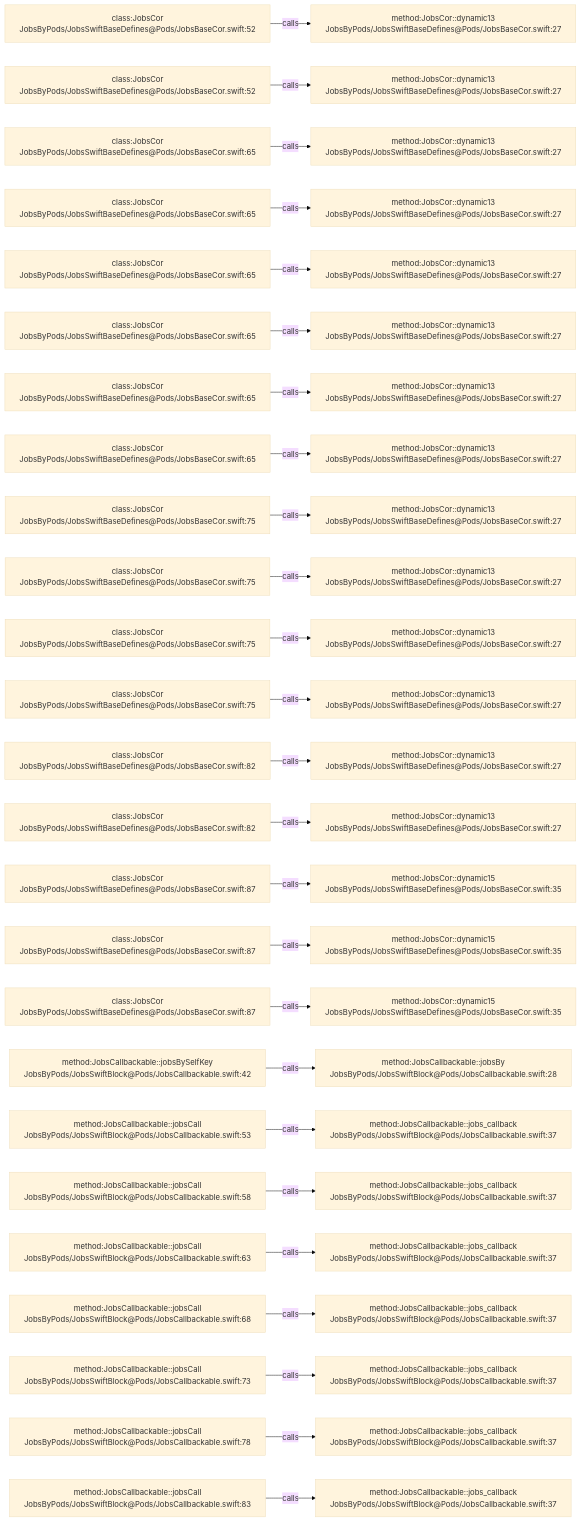
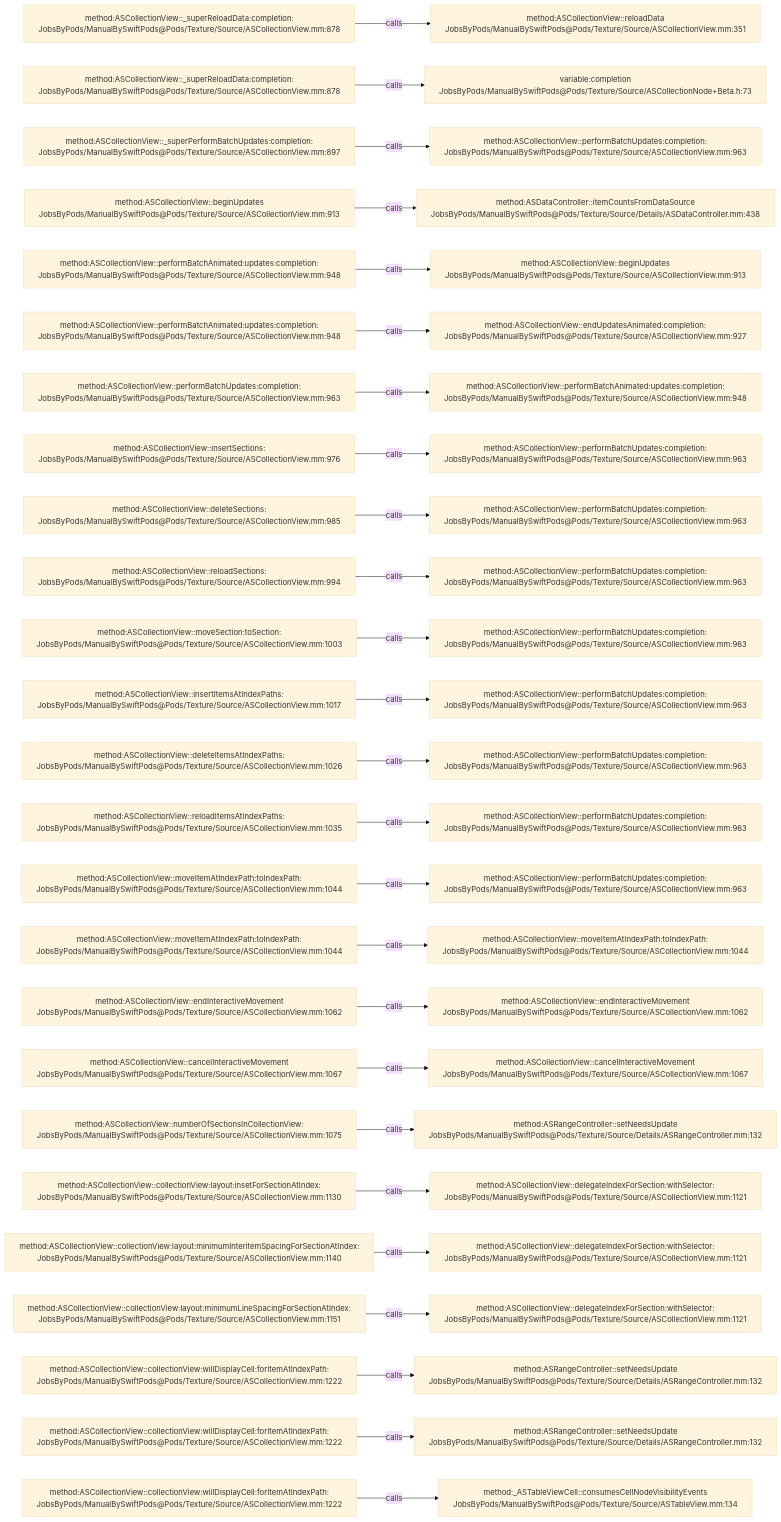
Before and after one commit to JobsKits/JobsSwiftBaseConfigDemo: the diagram in .codegraph/codegraph.md/graphs/calls-012.md, drawn with Mermaid (base theme). The commit also changed 832 other files, not shown here.

````diff
--- a/.codegraph/codegraph.md/graphs/calls-012.md
+++ b/.codegraph/codegraph.md/graphs/calls-012.md
@@ -13,78 +13,78 @@
 ```mermaid
 flowchart LR
-  S1["class:JobsCor<br/>JobsByPods/JobsSwiftBaseDefines@Pods/JobsBaseCor.swift:52"]
-  T1["method:JobsCor::dynamic13<br/>JobsByPods/JobsSwiftBaseDefines@Pods/JobsBaseCor.swift:27"]
+  S1["method:ASCollectionView::_superReloadData:completion:<br/>JobsByPods/ManualBySwiftPods@Pods/Texture/Source/ASCollectionView.mm:878"]
+  T1["method:ASCollectionView::reloadData<br/>JobsByPods/ManualBySwiftPods@Pods/Texture/Source/ASCollectionView.mm:351"]
   S1 -->|calls| T1
-  S2["class:JobsCor<br/>JobsByPods/JobsSwiftBaseDefines@Pods/JobsBaseCor.swift:52"]
-  T2["method:JobsCor::dynamic13<br/>JobsByPods/JobsSwiftBaseDefines@Pods/JobsBaseCor.swift:27"]
+  S2["method:ASCollectionView::_superReloadData:completion:<br/>JobsByPods/ManualBySwiftPods@Pods/Texture/Source/ASCollectionView.mm:878"]
+  T2["variable:completion<br/>JobsByPods/ManualBySwiftPods@Pods/Texture/Source/ASCollectionNode+Beta.h:73"]
   S2 -->|calls| T2
-  S3["class:JobsCor<br/>JobsByPods/JobsSwiftBaseDefines@Pods/JobsBaseCor.swift:65"]
-  T3["method:JobsCor::dynamic13<br/>JobsByPods/JobsSwiftBaseDefines@Pods/JobsBaseCor.swift:27"]
+  S3["method:ASCollectionView::_superPerformBatchUpdates:completion:<br/>JobsByPods/ManualBySwiftPods@Pods/Texture/Source/ASCollectionView.mm:897"]
+  T3["method:ASCollectionView::performBatchUpdates:completion:<br/>JobsByPods/ManualBySwiftPods@Pods/Texture/Source/ASCollectionView.mm:963"]
   S3 -->|calls| T3
-  S4["class:JobsCor<br/>JobsByPods/JobsSwiftBaseDefines@Pods/JobsBaseCor.swift:65"]
-  T4["method:JobsCor::dynamic13<br/>JobsByPods/JobsSwiftBaseDefines@Pods/JobsBaseCor.swift:27"]
+  S4["method:ASCollectionView::beginUpdates<br/>JobsByPods/ManualBySwiftPods@Pods/Texture/Source/ASCollectionView.mm:913"]
+  T4["method:ASDataController::itemCountsFromDataSource<br/>JobsByPods/ManualBySwiftPods@Pods/Texture/Source/Details/ASDataController.mm:438"]
   S4 -->|calls| T4
-  S5["class:JobsCor<br/>JobsByPods/JobsSwiftBaseDefines@Pods/JobsBaseCor.swift:65"]
-  T5["method:JobsCor::dynamic13<br/>JobsByPods/JobsSwiftBaseDefines@Pods/JobsBaseCor.swift:27"]
+  S5["method:ASCollectionView::performBatchAnimated:updates:completion:<br/>JobsByPods/ManualBySwiftPods@Pods/Texture/Source/ASCollectionView.mm:948"]
+  T5["method:ASCollectionView::beginUpdates<br/>JobsByPods/ManualBySwiftPods@Pods/Texture/Source/ASCollectionView.mm:913"]
   S5 -->|calls| T5
-  S6["class:JobsCor<br/>JobsByPods/JobsSwiftBaseDefines@Pods/JobsBaseCor.swift:65"]
-  T6["method:JobsCor::dynamic13<br/>JobsByPods/JobsSwiftBaseDefines@Pods/JobsBaseCor.swift:27"]
+  S6["method:ASCollectionView::performBatchAnimated:updates:completion:<br/>JobsByPods/ManualBySwiftPods@Pods/Texture/Source/ASCollectionView.mm:948"]
+  T6["method:ASCollectionView::endUpdatesAnimated:completion:<br/>JobsByPods/ManualBySwiftPods@Pods/Texture/Source/ASCollectionView.mm:927"]
   S6 -->|calls| T6
-  S7["class:JobsCor<br/>JobsByPods/JobsSwiftBaseDefines@Pods/JobsBaseCor.swift:65"]
-  T7["method:JobsCor::dynamic13<br/>JobsByPods/JobsSwiftBaseDefines@Pods/JobsBaseCor.swift:27"]
+  S7["method:ASCollectionView::performBatchUpdates:completion:<br/>JobsByPods/ManualBySwiftPods@Pods/Texture/Source/ASCollectionView.mm:963"]
+  T7["method:ASCollectionView::performBatchAnimated:updates:completion:<br/>JobsByPods/ManualBySwiftPods@Pods/Texture/Source/ASCollectionView.mm:948"]
   S7 -->|calls| T7
-  S8["class:JobsCor<br/>JobsByPods/JobsSwiftBaseDefines@Pods/JobsBaseCor.swift:65"]
-  T8["method:JobsCor::dynamic13<br/>JobsByPods/JobsSwiftBaseDefines@Pods/JobsBaseCor.swift:27"]
+  S8["method:ASCollectionView::insertSections:<br/>JobsByPods/ManualBySwiftPods@Pods/Texture/Source/ASCollectionView.mm:976"]
+  T8["method:ASCollectionView::performBatchUpdates:completion:<br/>JobsByPods/ManualBySwiftPods@Pods/Texture/Source/ASCollectionView.mm:963"]
   S8 -->|calls| T8
-  S9["class:JobsCor<br/>JobsByPods/JobsSwiftBaseDefines@Pods/JobsBaseCor.swift:75"]
-  T9["method:JobsCor::dynamic13<br/>JobsByPods/JobsSwiftBaseDefines@Pods/JobsBaseCor.swift:27"]
+  S9["method:ASCollectionView::deleteSections:<br/>JobsByPods/ManualBySwiftPods@Pods/Texture/Source/ASCollectionView.mm:985"]
+  T9["method:ASCollectionView::performBatchUpdates:completion:<br/>JobsByPods/ManualBySwiftPods@Pods/Texture/Source/ASCollectionView.mm:963"]
   S9 -->|calls| T9
-  S10["class:JobsCor<br/>JobsByPods/JobsSwiftBaseDefines@Pods/JobsBaseCor.swift:75"]
-  T10["method:JobsCor::dynamic13<br/>JobsByPods/JobsSwiftBaseDefines@Pods/JobsBaseCor.swift:27"]
+  S10["method:ASCollectionView::reloadSections:<br/>JobsByPods/ManualBySwiftPods@Pods/Texture/Source/ASCollectionView.mm:994"]
+  T10["method:ASCollectionView::performBatchUpdates:completion:<br/>JobsByPods/ManualBySwiftPods@Pods/Texture/Source/ASCollectionView.mm:963"]
   S10 -->|calls| T10
-  S11["class:JobsCor<br/>JobsByPods/JobsSwiftBaseDefines@Pods/JobsBaseCor.swift:75"]
-  T11["method:JobsCor::dynamic13<br/>JobsByPods/JobsSwiftBaseDefines@Pods/JobsBaseCor.swift:27"]
+  S11["method:ASCollectionView::moveSection:toSection:<br/>JobsByPods/ManualBySwiftPods@Pods/Texture/Source/ASCollectionView.mm:1003"]
+  T11["method:ASCollectionView::performBatchUpdates:completion:<br/>JobsByPods/ManualBySwiftPods@Pods/Texture/Source/ASCollectionView.mm:963"]
   S11 -->|calls| T11
-  S12["class:JobsCor<br/>JobsByPods/JobsSwiftBaseDefines@Pods/JobsBaseCor.swift:75"]
-  T12["method:JobsCor::dynamic13<br/>JobsByPods/JobsSwiftBaseDefines@Pods/JobsBaseCor.swift:27"]
+  S12["method:ASCollectionView::insertItemsAtIndexPaths:<br/>JobsByPods/ManualBySwiftPods@Pods/Texture/Source/ASCollectionView.mm:1017"]
+  T12["method:ASCollectionView::performBatchUpdates:completion:<br/>JobsByPods/ManualBySwiftPods@Pods/Texture/Source/ASCollectionView.mm:963"]
   S12 -->|calls| T12
-  S13["class:JobsCor<br/>JobsByPods/JobsSwiftBaseDefines@Pods/JobsBaseCor.swift:82"]
-  T13["method:JobsCor::dynamic13<br/>JobsByPods/JobsSwiftBaseDefines@Pods/JobsBaseCor.swift:27"]
+  S13["method:ASCollectionView::deleteItemsAtIndexPaths:<br/>JobsByPods/ManualBySwiftPods@Pods/Texture/Source/ASCollectionView.mm:1026"]
+  T13["method:ASCollectionView::performBatchUpdates:completion:<br/>JobsByPods/ManualBySwiftPods@Pods/Texture/Source/ASCollectionView.mm:963"]
   S13 -->|calls| T13
-  S14["class:JobsCor<br/>JobsByPods/JobsSwiftBaseDefines@Pods/JobsBaseCor.swift:82"]
-  T14["method:JobsCor::dynamic13<br/>JobsByPods/JobsSwiftBaseDefines@Pods/JobsBaseCor.swift:27"]
+  S14["method:ASCollectionView::reloadItemsAtIndexPaths:<br/>JobsByPods/ManualBySwiftPods@Pods/Texture/Source/ASCollectionView.mm:1035"]
+  T14["method:ASCollectionView::performBatchUpdates:completion:<br/>JobsByPods/ManualBySwiftPods@Pods/Texture/Source/ASCollectionView.mm:963"]
   S14 -->|calls| T14
-  S15["class:JobsCor<br/>JobsByPods/JobsSwiftBaseDefines@Pods/JobsBaseCor.swift:87"]
-  T15["method:JobsCor::dynamic15<br/>JobsByPods/JobsSwiftBaseDefines@Pods/JobsBaseCor.swift:35"]
+  S15["method:ASCollectionView::moveItemAtIndexPath:toIndexPath:<br/>JobsByPods/ManualBySwiftPods@Pods/Texture/Source/ASCollectionView.mm:1044"]
+  T15["method:ASCollectionView::performBatchUpdates:completion:<br/>JobsByPods/ManualBySwiftPods@Pods/Texture/Source/ASCollectionView.mm:963"]
   S15 -->|calls| T15
-  S16["class:JobsCor<br/>JobsByPods/JobsSwiftBaseDefines@Pods/JobsBaseCor.swift:87"]
-  T16["method:JobsCor::dynamic15<br/>JobsByPods/JobsSwiftBaseDefines@Pods/JobsBaseCor.swift:35"]
+  S16["method:ASCollectionView::moveItemAtIndexPath:toIndexPath:<br/>JobsByPods/ManualBySwiftPods@Pods/Texture/Source/ASCollectionView.mm:1044"]
+  T16["method:ASCollectionView::moveItemAtIndexPath:toIndexPath:<br/>JobsByPods/ManualBySwiftPods@Pods/Texture/Source/ASCollectionView.mm:1044"]
   S16 -->|calls| T16
-  S17["class:JobsCor<br/>JobsByPods/JobsSwiftBaseDefines@Pods/JobsBaseCor.swift:87"]
-  T17["method:JobsCor::dynamic15<br/>JobsByPods/JobsSwiftBaseDefines@Pods/JobsBaseCor.swift:35"]
+  S17["method:ASCollectionView::endInteractiveMovement<br/>JobsByPods/ManualBySwiftPods@Pods/Texture/Source/ASCollectionView.mm:1062"]
+  T17["method:ASCollectionView::endInteractiveMovement<br/>JobsByPods/ManualBySwiftPods@Pods/Texture/Source/ASCollectionView.mm:1062"]
   S17 -->|calls| T17
-  S18["method:JobsCallbackable::jobsBySelfKey<br/>JobsByPods/JobsSwiftBlock@Pods/JobsCallbackable.swift:42"]
-  T18["method:JobsCallbackable::jobsBy<br/>JobsByPods/JobsSwiftBlock@Pods/JobsCallbackable.swift:28"]
+  S18["method:ASCollectionView::cancelInteractiveMovement<br/>JobsByPods/ManualBySwiftPods@Pods/Texture/Source/ASCollectionView.mm:1067"]
+  T18["method:ASCollectionView::cancelInteractiveMovement<br/>JobsByPods/ManualBySwiftPods@Pods/Texture/Source/ASCollectionView.mm:1067"]
   S18 -->|calls| T18
-  S19["method:JobsCallbackable::jobsCall<br/>JobsByPods/JobsSwiftBlock@Pods/JobsCallbackable.swift:53"]
-  T19["method:JobsCallbackable::jobs_callback<br/>JobsByPods/JobsSwiftBlock@Pods/JobsCallbackable.swift:37"]
+  S19["method:ASCollectionView::numberOfSectionsInCollectionView:<br/>JobsByPods/ManualBySwiftPods@Pods/Texture/Source/ASCollectionView.mm:1075"]
+  T19["method:ASRangeController::setNeedsUpdate<br/>JobsByPods/ManualBySwiftPods@Pods/Texture/Source/Details/ASRangeController.mm:132"]
   S19 -->|calls| T19
-  S20["method:JobsCallbackable::jobsCall<br/>JobsByPods/JobsSwiftBlock@Pods/JobsCallbackable.swift:58"]
-  T20["method:JobsCallbackable::jobs_callback<br/>JobsByPods/JobsSwiftBlock@Pods/JobsCallbackable.swift:37"]
+  S20["method:ASCollectionView::collectionView:layout:insetForSectionAtIndex:<br/>JobsByPods/ManualBySwiftPods@Pods/Texture/Source/ASCollectionView.mm:1130"]
+  T20["method:ASCollectionView::delegateIndexForSection:withSelector:<br/>JobsByPods/ManualBySwiftPods@Pods/Texture/Source/ASCollectionView.mm:1121"]
   S20 -->|calls| T20
-  S21["method:JobsCallbackable::jobsCall<br/>JobsByPods/JobsSwiftBlock@Pods/JobsCallbackable.swift:63"]
-  T21["method:JobsCallbackable::jobs_callback<br/>JobsByPods/JobsSwiftBlock@Pods/JobsCallbackable.swift:37"]
+  S21["method:ASCollectionView::collectionView:layout:minimumInteritemSpacingForSectionAtIndex:<br/>JobsByPods/ManualBySwiftPods@Pods/Texture/Source/ASCollectionView.mm:1140"]
+  T21["method:ASCollectionView::delegateIndexForSection:withSelector:<br/>JobsByPods/ManualBySwiftPods@Pods/Texture/Source/ASCollectionView.mm:1121"]
   S21 -->|calls| T21
-  S22["method:JobsCallbackable::jobsCall<br/>JobsByPods/JobsSwiftBlock@Pods/JobsCallbackable.swift:68"]
-  T22["method:JobsCallbackable::jobs_callback<br/>JobsByPods/JobsSwiftBlock@Pods/JobsCallbackable.swift:37"]
+  S22["method:ASCollectionView::collectionView:layout:minimumLineSpacingForSectionAtIndex:<br/>JobsByPods/ManualBySwiftPods@Pods/Texture/Source/ASCollectionView.mm:1151"]
+  T22["method:ASCollectionView::delegateIndexForSection:withSelector:<br/>JobsByPods/ManualBySwiftPods@Pods/Texture/Source/ASCollectionView.mm:1121"]
   S22 -->|calls| T22
-  S23["method:JobsCallbackable::jobsCall<br/>JobsByPods/JobsSwiftBlock@Pods/JobsCallbackable.swift:73"]
-  T23["method:JobsCallbackable::jobs_callback<br/>JobsByPods/JobsSwiftBlock@Pods/JobsCallbackable.swift:37"]
+  S23["method:ASCollectionView::collectionView:willDisplayCell:forItemAtIndexPath:<br/>JobsByPods/ManualBySwiftPods@Pods/Texture/Source/ASCollectionView.mm:1222"]
+  T23["method:ASRangeController::setNeedsUpdate<br/>JobsByPods/ManualBySwiftPods@Pods/Texture/Source/Details/ASRangeController.mm:132"]
   S23 -->|calls| T23
-  S24["method:JobsCallbackable::jobsCall<br/>JobsByPods/JobsSwiftBlock@Pods/JobsCallbackable.swift:78"]
-  T24["method:JobsCallbackable::jobs_callback<br/>JobsByPods/JobsSwiftBlock@Pods/JobsCallbackable.swift:37"]
+  S24["method:ASCollectionView::collectionView:willDisplayCell:forItemAtIndexPath:<br/>JobsByPods/ManualBySwiftPods@Pods/Texture/Source/ASCollectionView.mm:1222"]
+  T24["method:ASRangeController::setNeedsUpdate<br/>JobsByPods/ManualBySwiftPods@Pods/Texture/Source/Details/ASRangeController.mm:132"]
   S24 -->|calls| T24
-  S25["method:JobsCallbackable::jobsCall<br/>JobsByPods/JobsSwiftBlock@Pods/JobsCallbackable.swift:83"]
-  T25["method:JobsCallbackable::jobs_callback<br/>JobsByPods/JobsSwiftBlock@Pods/JobsCallbackable.swift:37"]
+  S25["method:ASCollectionView::collectionView:willDisplayCell:forItemAtIndexPath:<br/>JobsByPods/ManualBySwiftPods@Pods/Texture/Source/ASCollectionView.mm:1222"]
+  T25["method:_ASTableViewCell::consumesCellNodeVisibilityEvents<br/>JobsByPods/ManualBySwiftPods@Pods/Texture/Source/ASTableView.mm:134"]
   S25 -->|calls| T25
 ```
````
